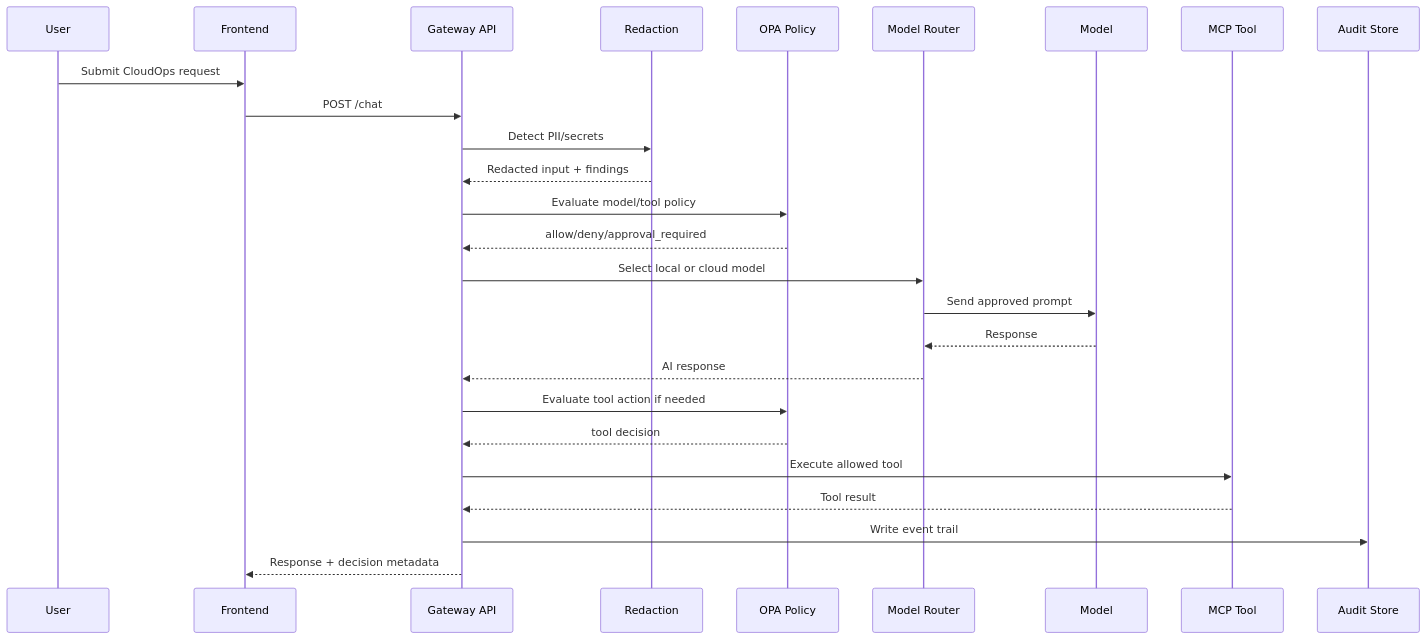
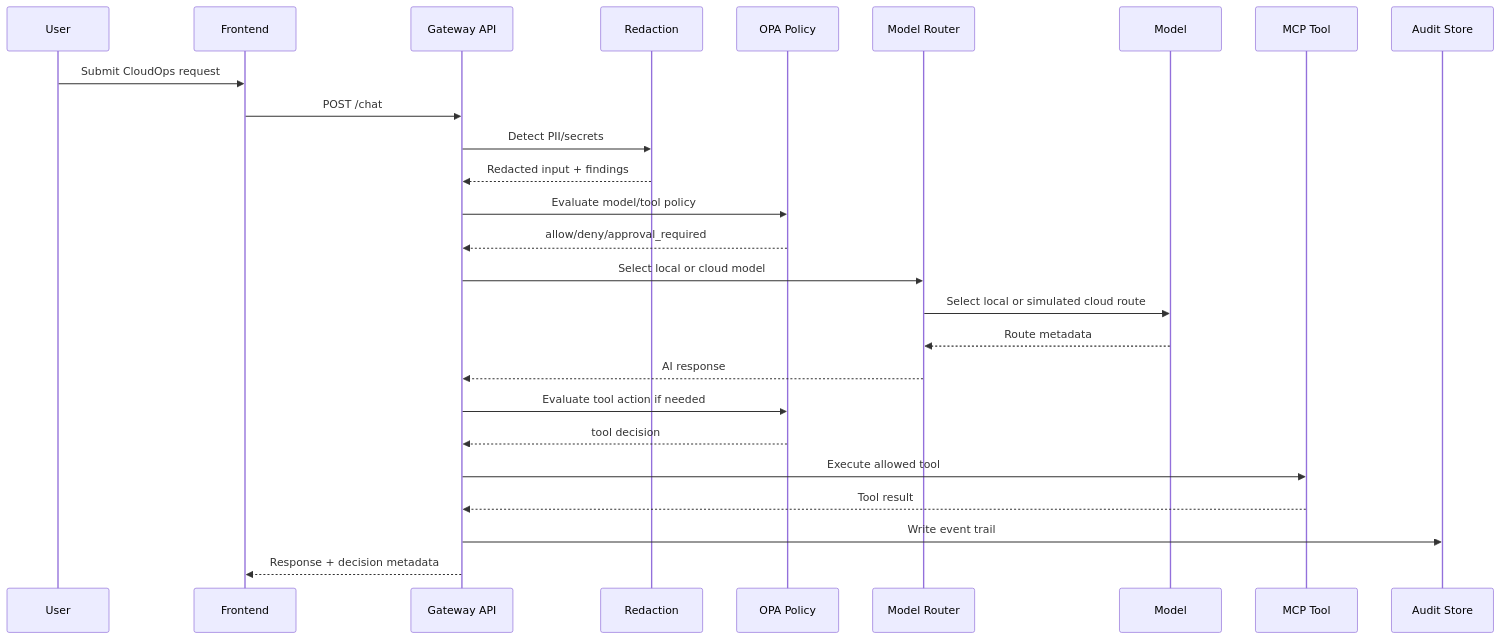
The diagram in docs/architecture/system-architecture.md (manynames3/aegisdesk-cloudops-control-plane), drawn with Mermaid before and after one commit. The commit also changed other lines of this file and 34 other files, not shown here.

Commit message:
feat: add local CloudOps control plane MVP

````diff
--- a/docs/architecture/system-architecture.md
+++ b/docs/architecture/system-architecture.md
@@ -127,29 +127,29 @@
 ```mermaid
 sequenceDiagram
     participant U as User
     participant UI as Frontend
     participant API as Gateway API
     participant R as Redaction
     participant OPA as OPA Policy
     participant MR as Model Router
     participant M as Model
     participant Tool as MCP Tool
     participant Audit as Audit Store
 
     U->>UI: Submit CloudOps request
     UI->>API: POST /chat
     API->>R: Detect PII/secrets
     R-->>API: Redacted input + findings
     API->>OPA: Evaluate model/tool policy
     OPA-->>API: allow/deny/approval_required
     API->>MR: Select local or cloud model
-    MR->>M: Send approved prompt
-    M-->>MR: Response
+    MR->>M: Select local or simulated cloud route
+    M-->>MR: Route metadata
     MR-->>API: AI response
     API->>OPA: Evaluate tool action if needed
     OPA-->>API: tool decision
     API->>Tool: Execute allowed tool
     Tool-->>API: Tool result
     API->>Audit: Write event trail
     API-->>UI: Response + decision metadata
 ```
````
